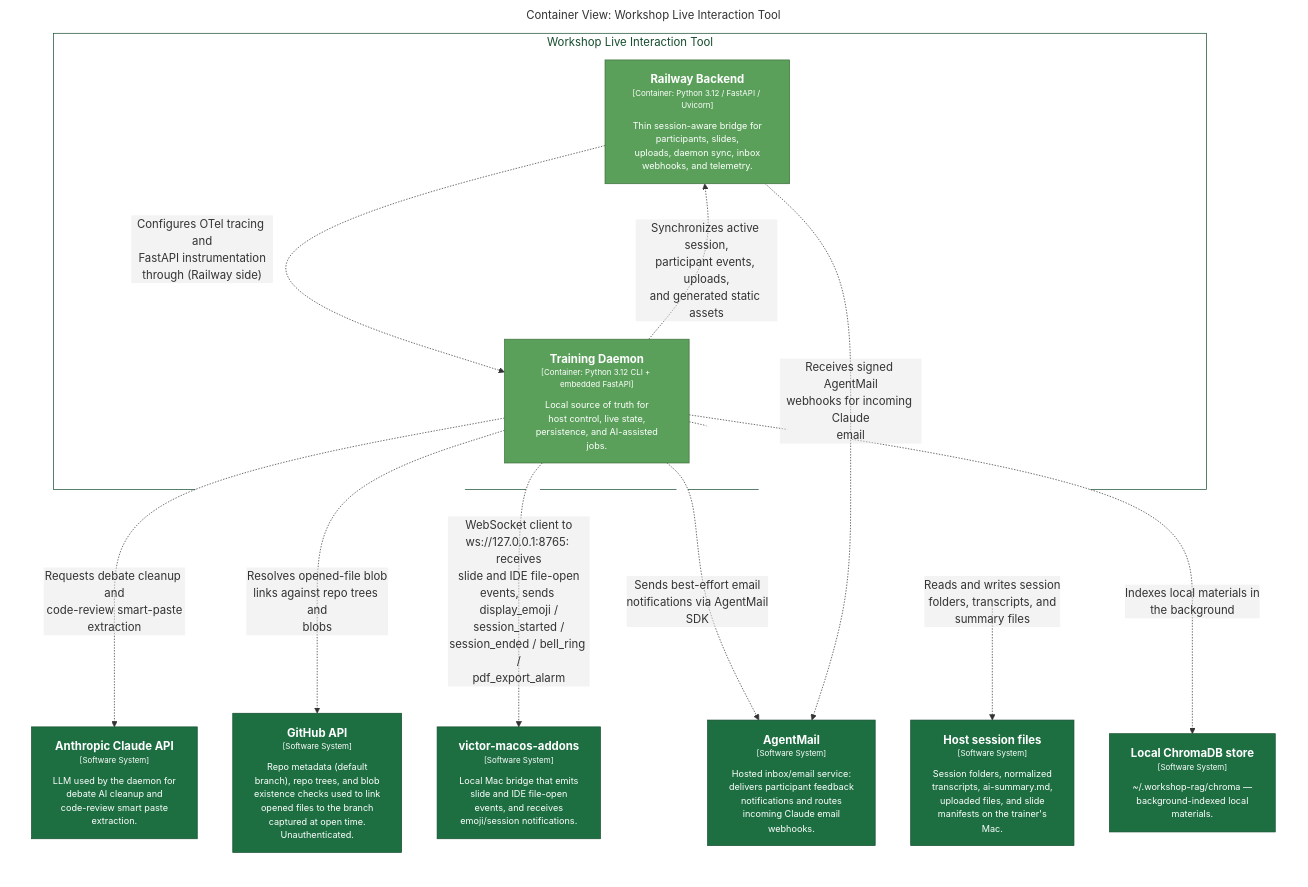
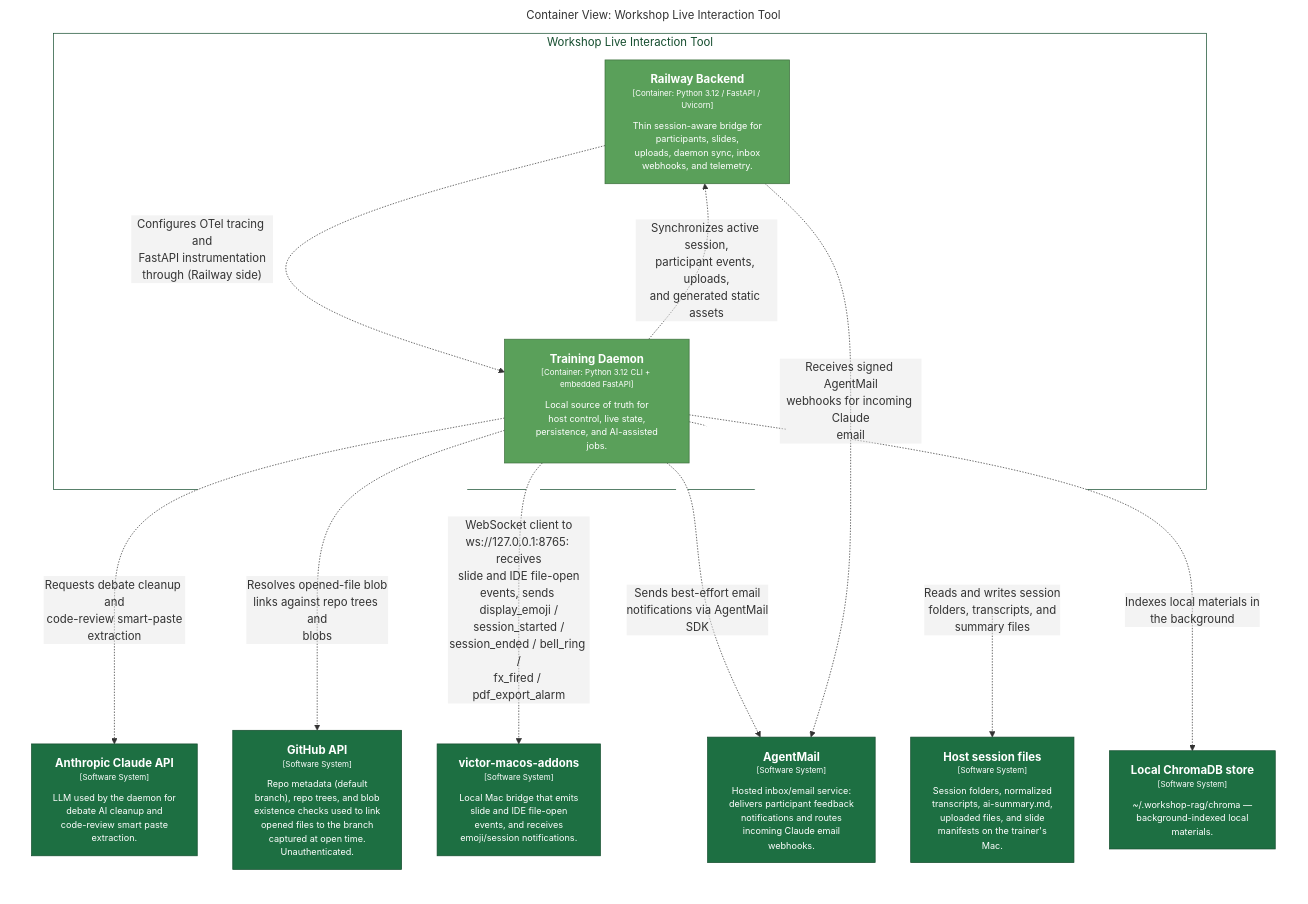
One commit to victorrentea/training-assistant changed the diagram in docs/c4views/C2-Training-Daemon-Only.mmd. Above: the diagram before and after it, drawn with Mermaid. The commit also changed 18 other files, not shown here.

```diff
--- a/docs/c4views/C2-Training-Daemon-Only.mmd
+++ b/docs/c4views/C2-Training-Daemon-Only.mmd
@@ -1,39 +1,39 @@
 graph LR
   linkStyle default fill:#ffffff
 
   subgraph diagram ["Container View: Workshop Live Interaction Tool"]
     style diagram fill:#ffffff,stroke:#ffffff
 
     3["<div style='font-weight: bold'>Anthropic Claude API</div><div style='font-size: 70%; margin-top: 0px'>[Software System]</div><div style='font-size: 80%; margin-top:10px'>LLM used by the daemon for<br />debate AI cleanup and<br />code-review smart paste<br />extraction.</div>"]
     style 3 fill:#1d6f42,stroke:#144d2e,color:#ffffff
     4["<div style='font-weight: bold'>GitHub API</div><div style='font-size: 70%; margin-top: 0px'>[Software System]</div><div style='font-size: 80%; margin-top:10px'>Repo metadata (default<br />branch), repo trees, and blob<br />existence checks used to link<br />opened files to the branch<br />captured at open time.<br />Unauthenticated.</div>"]
     style 4 fill:#1d6f42,stroke:#144d2e,color:#ffffff
     5["<div style='font-weight: bold'>victor-macos-addons</div><div style='font-size: 70%; margin-top: 0px'>[Software System]</div><div style='font-size: 80%; margin-top:10px'>Local Mac bridge that emits<br />slide and IDE file-open<br />events, and receives<br />emoji/session notifications.</div>"]
     style 5 fill:#1d6f42,stroke:#144d2e,color:#ffffff
     8["<div style='font-weight: bold'>AgentMail</div><div style='font-size: 70%; margin-top: 0px'>[Software System]</div><div style='font-size: 80%; margin-top:10px'>Hosted inbox/email service:<br />delivers participant feedback<br />notifications and routes<br />incoming Claude email<br />webhooks.</div>"]
     style 8 fill:#1d6f42,stroke:#144d2e,color:#ffffff
     9["<div style='font-weight: bold'>Host session files</div><div style='font-size: 70%; margin-top: 0px'>[Software System]</div><div style='font-size: 80%; margin-top:10px'>Session folders, normalized<br />transcripts, ai-summary.md,<br />uploaded files, and slide<br />manifests on the trainer's<br />Mac.</div>"]
     style 9 fill:#1d6f42,stroke:#144d2e,color:#ffffff
     10["<div style='font-weight: bold'>Local ChromaDB store</div><div style='font-size: 70%; margin-top: 0px'>[Software System]</div><div style='font-size: 80%; margin-top:10px'>~/.workshop-rag/chroma —<br />background-indexed local<br />materials.</div>"]
     style 10 fill:#1d6f42,stroke:#144d2e,color:#ffffff
 
     subgraph 11 ["Workshop Live Interaction Tool"]
       style 11 fill:#ffffff,stroke:#144d2e,color:#144d2e
 
       14["<div style='font-weight: bold'>Railway Backend</div><div style='font-size: 70%; margin-top: 0px'>[Container: Python 3.12 / FastAPI / Uvicorn]</div><div style='font-size: 80%; margin-top:10px'>Thin session-aware bridge for<br />participants, slides,<br />uploads, daemon sync, inbox<br />webhooks, and telemetry.</div>"]
       style 14 fill:#5aa05a,stroke:#3e703e,color:#ffffff
       24["<div style='font-weight: bold'>Training Daemon</div><div style='font-size: 70%; margin-top: 0px'>[Container: Python 3.12 CLI + embedded FastAPI]</div><div style='font-size: 80%; margin-top:10px'>Local source of truth for<br />host control, live state,<br />persistence, and AI-assisted<br />jobs.</div>"]
       style 24 fill:#5aa05a,stroke:#3e703e,color:#ffffff
     end
 
     24-. "<div>Synchronizes active session,<br />participant events, uploads,<br />and generated static assets</div><div style='font-size: 70%'></div>" .->14
     24-. "<div>Requests debate cleanup and<br />code-review smart-paste<br />extraction</div><div style='font-size: 70%'></div>" .->3
     24-. "<div>Resolves opened-file blob<br />links against repo trees and<br />blobs</div><div style='font-size: 70%'></div>" .->4
-    24-. "<div>WebSocket client to<br />ws://127.0.0.1:8765: receives<br />slide and IDE file-open<br />events, sends display_emoji /<br />session_started /<br />session_ended / bell_ring /<br />pdf_export_alarm</div><div style='font-size: 70%'></div>" .->5
+    24-. "<div>WebSocket client to<br />ws://127.0.0.1:8765: receives<br />slide and IDE file-open<br />events, sends display_emoji /<br />session_started /<br />session_ended / bell_ring /<br />fx_fired / pdf_export_alarm</div><div style='font-size: 70%'></div>" .->5
     24-. "<div>Sends best-effort email<br />notifications via AgentMail<br />SDK</div><div style='font-size: 70%'></div>" .->8
     24-. "<div>Reads and writes session<br />folders, transcripts, and<br />summary files</div><div style='font-size: 70%'></div>" .->9
     24-. "<div>Indexes local materials in<br />the background</div><div style='font-size: 70%'></div>" .->10
     14-. "<div>Receives signed AgentMail<br />webhooks for incoming Claude<br />email</div><div style='font-size: 70%'></div>" .->8
     14-. "<div>Configures OTel tracing and<br />FastAPI instrumentation<br />through (Railway side)</div><div style='font-size: 70%'></div>" .->24
 
   end
```
